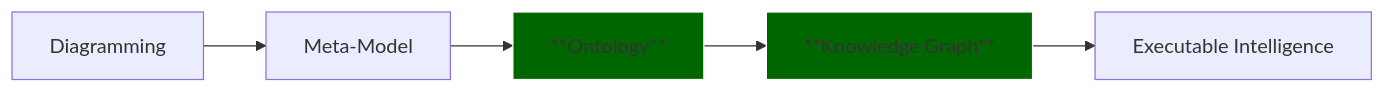
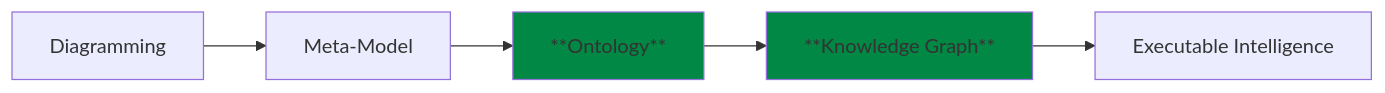
One commit to yasenstar/protege_pizza changed the first of 2 diagrams in ebook/ch08.md. Above: the diagram before and after it, drawn with Mermaid. The commit also changed 2 other files, not shown here.

````diff
--- a/ebook/ch08.md
+++ b/ebook/ch08.md
@@ -47,6 +47,6 @@
 ```mermaid
 flowchart LR
 A[Diagramming]-->B[Meta-Model]-->C[**Ontology**]:::myStyle
 C-->D[**Knowledge Graph**]:::myStyle-->E[Executable Intelligence]
-classDef myStyle fill:#006600,stroke:#FFFFFF
+classDef myStyle fill:#008844
 ```
````
